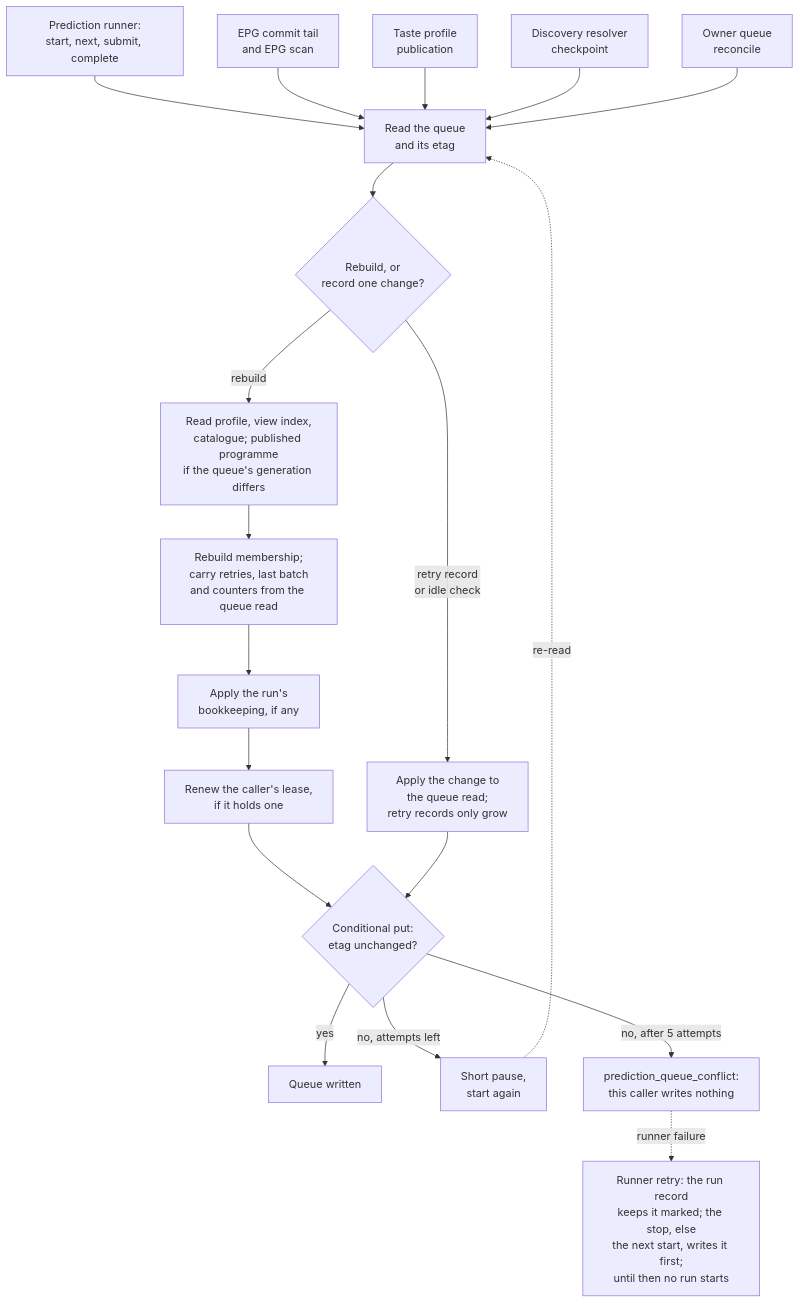
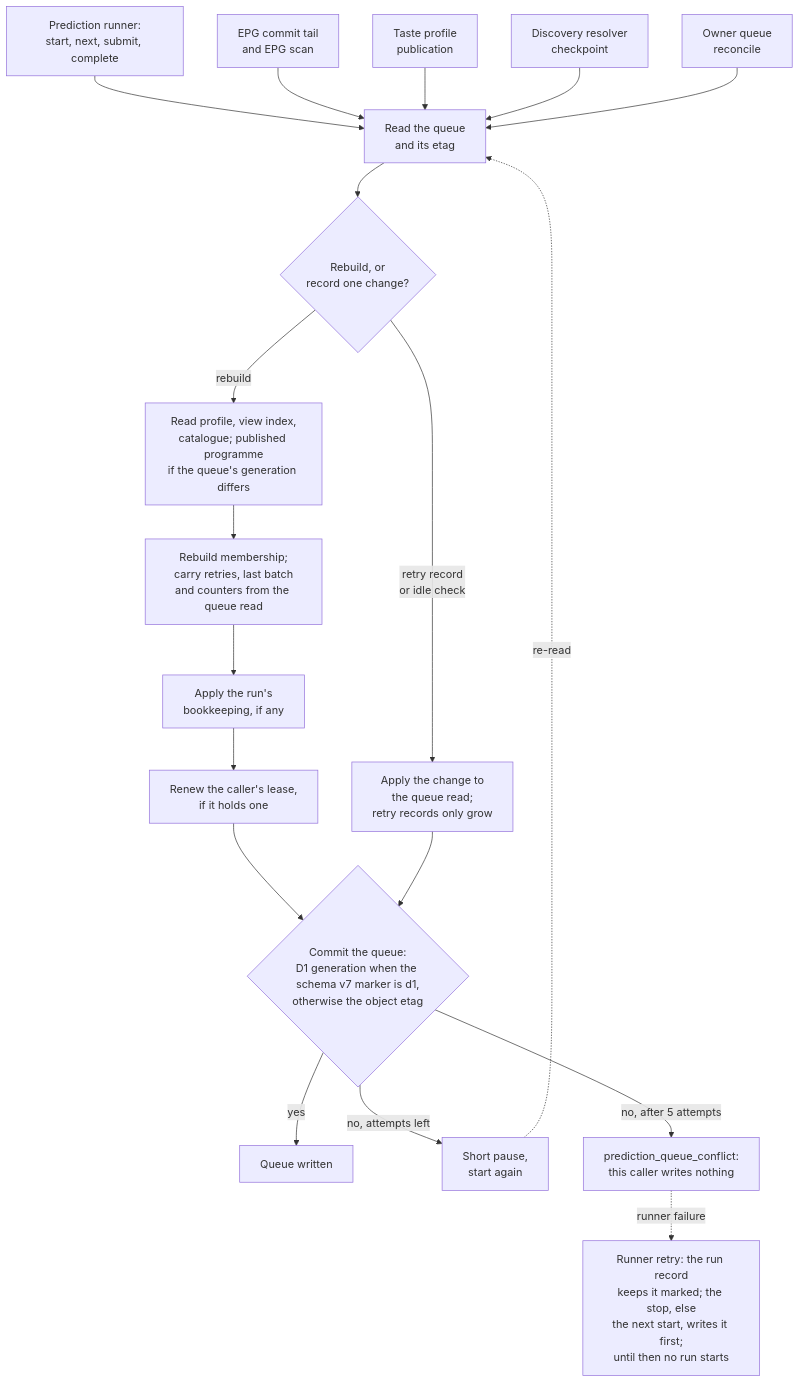
Before and after one commit to vladimino/iptv-watchlist: the second of 2 diagrams in docs/architecture/prediction-pipeline.md, drawn with Mermaid. The commit also changed other lines of this file and 32 other files, not shown here.

````diff
--- a/docs/architecture/prediction-pipeline.md
+++ b/docs/architecture/prediction-pipeline.md
@@ -57,38 +63,38 @@
 ```mermaid
 flowchart TD
     runner["Prediction runner:<br/>start, next, submit, complete"]
     epg["EPG commit tail<br/>and EPG scan"]
     profile["Taste profile<br/>publication"]
     resolver["Discovery resolver<br/>checkpoint"]
     reconcile["Owner queue<br/>reconcile"]
     read["Read the queue<br/>and its etag"]
     kind{"Rebuild, or<br/>record one change?"}
     inputs["Read profile, view index,<br/>catalogue; published programme<br/>if the queue's generation differs"]
     build["Rebuild membership;<br/>carry retries, last batch<br/>and counters from the queue read"]
     amend["Apply the run's<br/>bookkeeping, if any"]
     change["Apply the change to<br/>the queue read;<br/>retry records only grow"]
     fence["Renew the caller's lease,<br/>if it holds one"]
-    put{"Conditional put:<br/>etag unchanged?"}
+    put{"Commit the queue:<br/>D1 generation when the schema v7 marker is d1,<br/>otherwise the object etag"}
     done["Queue written"]
     again["Short pause,<br/>start again"]
     conflict["prediction_queue_conflict:<br/>this caller writes nothing"]
     marked["Runner retry: the run record<br/>keeps it marked; the stop, else<br/>the next start, writes it first;<br/>until then no run starts"]
     runner --> read
     epg --> read
     profile --> read
     resolver --> read
     reconcile --> read
     read --> kind
     kind -->|rebuild| inputs
     inputs --> build
     build --> amend
     amend --> fence
     fence --> put
     kind -->|retry record<br/>or idle check| change
     change --> put
     put -->|yes| done
     put -->|no, attempts left| again
     again -.->|re-read| read
     put -->|no, after 5 attempts| conflict
     conflict -.->|runner failure| marked
 ```
````
